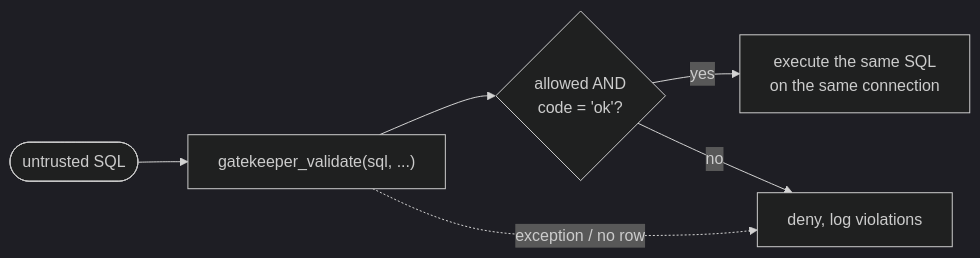
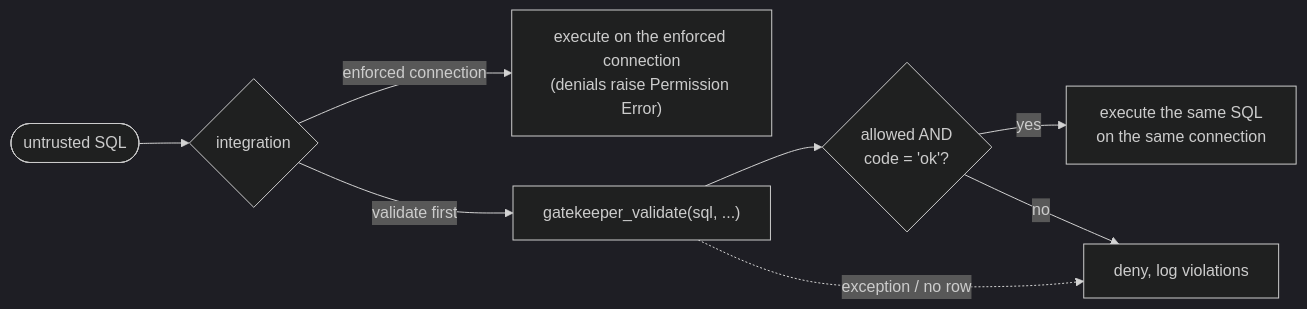
Before and after one commit to nozzle/duckdb-gatekeeper: the first of 3 diagrams in README.md, drawn with Mermaid (dark theme). The commit also changed other lines of this file and 17 other files, not shown here.

````diff
--- a/README.md
+++ b/README.md
@@ -95,8 +100,10 @@
 ```mermaid
 flowchart LR
-    sql([untrusted SQL]) --> v["gatekeeper_validate(sql, ...)"]
+    sql([untrusted SQL]) --> which{integration}
+    which -- enforced connection --> run2["execute on the enforced connection<br/>(denials raise Permission Error)"]
+    which -- validate first --> v["gatekeeper_validate(sql, ...)"]
     v --> ok{"allowed AND<br/>code = 'ok'?"}
     ok -- yes --> run[execute the same SQL<br/>on the same connection]
     ok -- no --> deny[deny, log violations]
     v -. exception / no row .-> deny
 ```
````
